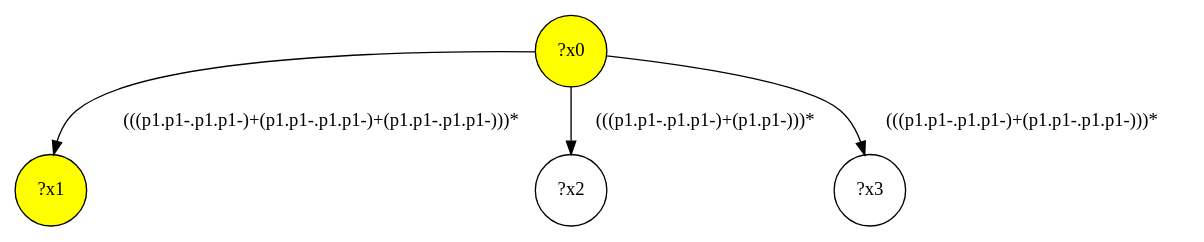
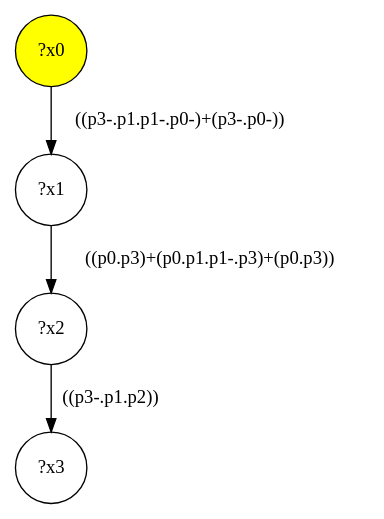
Before and after one commit to gbagan/gmark: the diagram in src/queryinterface/interface-queries/query-29.dot, drawn with Graphviz. The commit also changed 150 other files, not shown here.

```diff
--- a/src/queryinterface/interface-queries/query-29.dot
+++ b/src/queryinterface/interface-queries/query-29.dot
@@ -1,9 +1,9 @@
 digraph g {
 	x0 [fillcolor="yellow", style="filled," shape=circle, label="?x0"];
-	x1 [fillcolor="yellow", style="filled," shape=circle, label="?x1"];
-	x0 -> x1 [label="(((p1.p1-.p1.p1-)+(p1.p1-.p1.p1-)+(p1.p1-.p1.p1-)))*"];
+	x1 [shape=circle, label="?x1"];
+	x0 -> x1 [label="((p3-.p1.p1-.p0-)+(p3-.p0-))"];
 	x2 [shape=circle, label="?x2"];
-	x0 -> x2 [label="(((p1.p1-.p1.p1-)+(p1.p1-)))*"];
+	x1 -> x2 [label="((p0.p3)+(p0.p1.p1-.p3)+(p0.p3))"];
 	x3 [shape=circle, label="?x3"];
-	x0 -> x3 [label="(((p1.p1-.p1.p1-)+(p1.p1-.p1.p1-)))*"];
+	x2 -> x3 [label="((p3-.p1.p2))"];
 }
```
